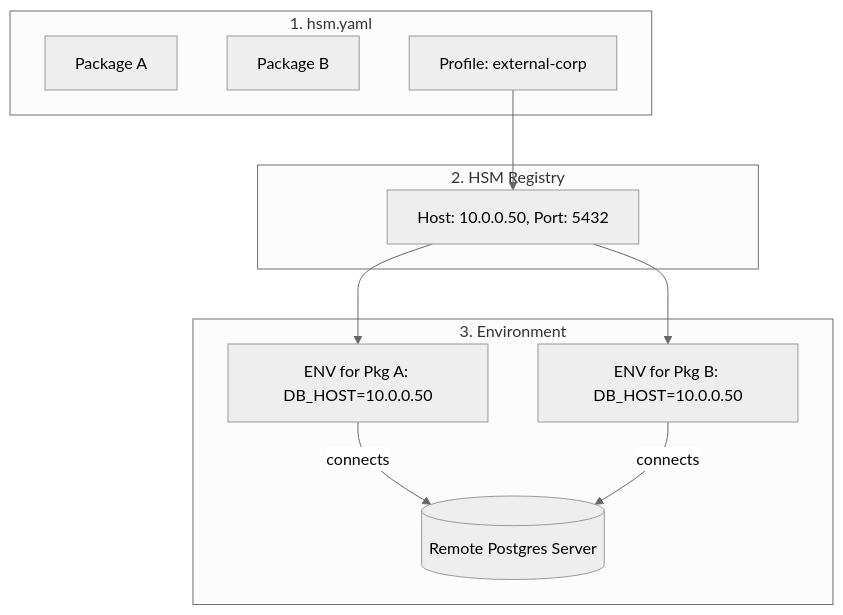
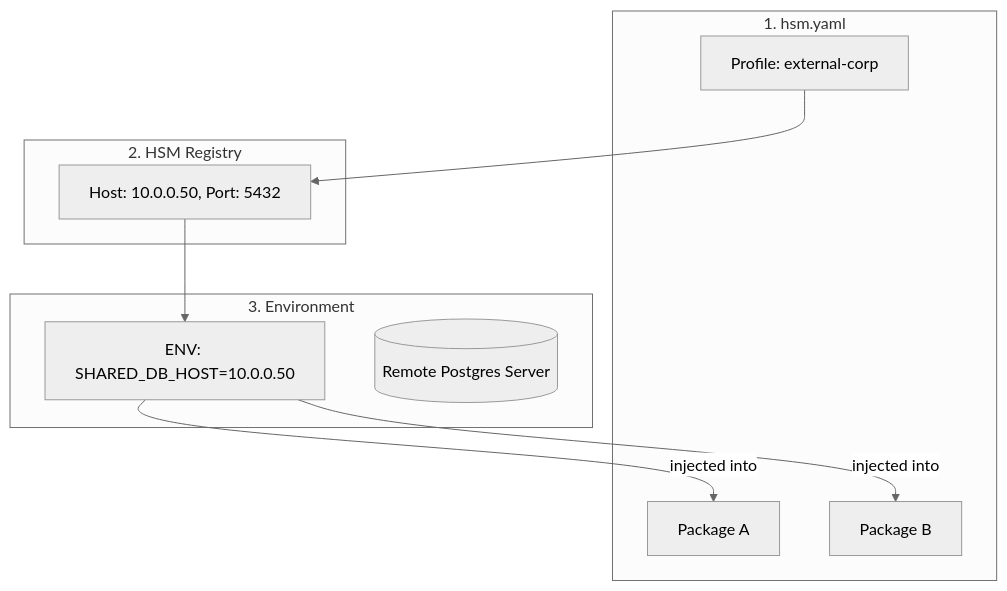
The second of 3 diagrams in docs/technical_design/13_complex_configuration_cases.md (VLMHyperBenchTeam/hpm), drawn with Mermaid (neutral theme) before and after one commit. The commit also changed other lines of this file, not shown here.

````diff
--- a/docs/technical_design/13_complex_configuration_cases.md
+++ b/docs/technical_design/13_complex_configuration_cases.md
@@ -41,23 +84,21 @@
 ```mermaid
 graph TD
     subgraph Project [1. hsm.yaml]
         PkgA[Package A]
         PkgB[Package B]
         Profile[Profile: external-corp]
     end
     
     subgraph Registry [2. HSM Registry]
         Profile --> ExtConfig[Host: 10.0.0.50, Port: 5432]
     end
     
     subgraph Runtime [3. Environment]
-        EnvA[ENV for Pkg A: DB_HOST=10.0.0.50]
-        EnvB[ENV for Pkg B: DB_HOST=10.0.0.50]
+        EnvVars[ENV: SHARED_DB_HOST=10.0.0.50]
         RemoteDB[(Remote Postgres Server)]
     end
     
-    ExtConfig --> EnvA
-    ExtConfig --> EnvB
-    EnvA -->|connects| RemoteDB
-    EnvB -->|connects| RemoteDB
+    ExtConfig --> EnvVars
+    EnvVars -->|injected into| PkgA
+    EnvVars -->|injected into| PkgB
 ```
````
